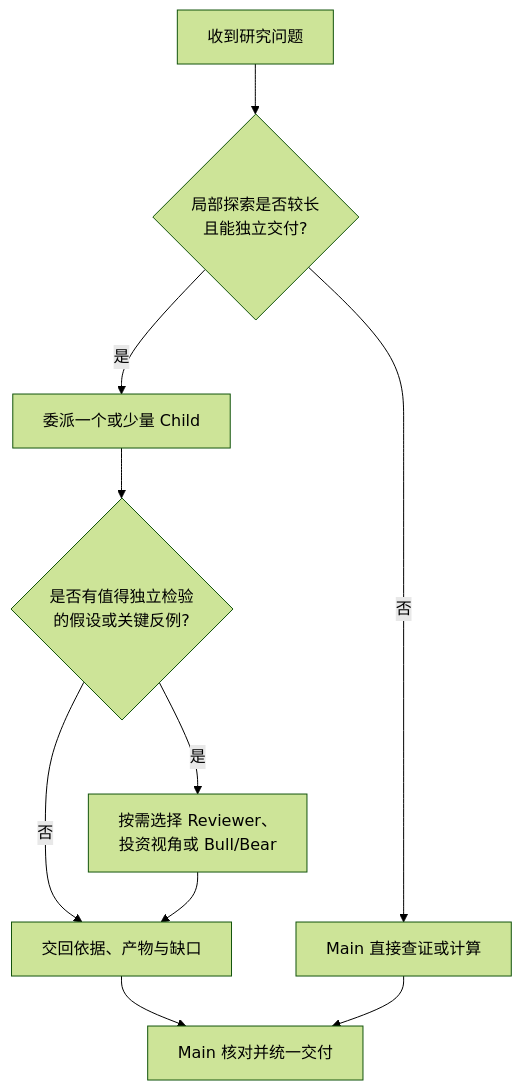
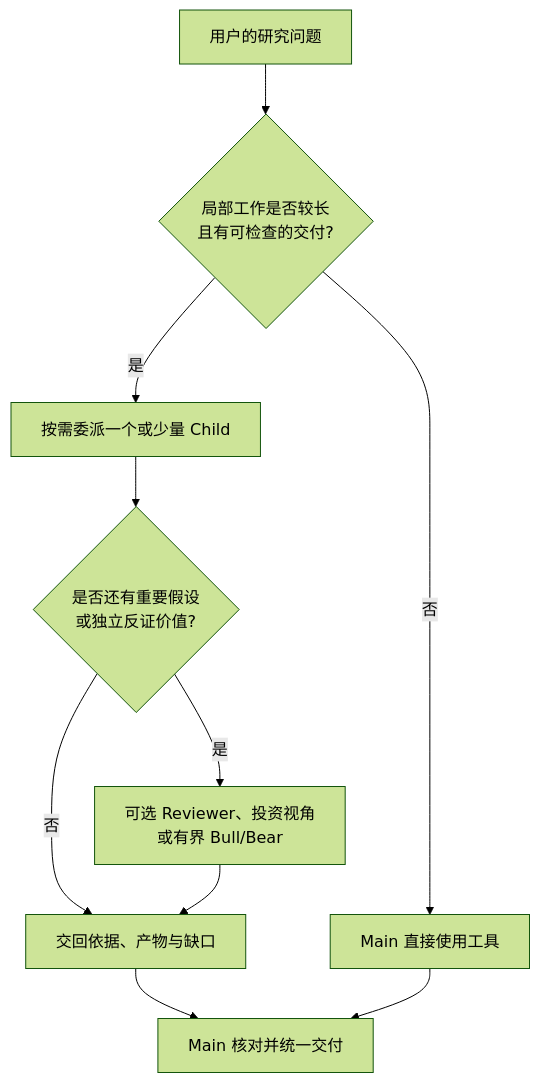
The fourth of 4 diagrams in articles/agent-subagent-context-specialization.md (hpoenixf/eff-agent-article), drawn with Mermaid (forest theme) before and after one commit. The commit also changed other lines of this file, not shown here.

````diff
--- a/articles/agent-subagent-context-specialization.md
+++ b/articles/agent-subagent-context-specialization.md
@@ -104,12 +224,12 @@
 ```mermaid
 flowchart TD
-    Q["收到研究问题"] --> Long{"局部探索是否较长<br/>且能独立交付?"}
-    Long -- "否" --> Direct["Main 直接查证或计算"]
-    Long -- "是" --> Child["委派一个或少量 Child"]
-    Child --> Need{"是否有值得独立检验<br/>的假设或关键反例?"}
-    Need -- "是" --> Review["按需选择 Reviewer、<br/>投资视角或 Bull/Bear"]
+    Q["用户的研究问题"] --> Long{"局部工作是否较长<br/>且有可检查的交付?"}
+    Long -- "否" --> Direct["Main 直接使用工具"]
+    Long -- "是" --> Child["按需委派一个或少量 Child"]
+    Child --> Need{"是否还有重要假设<br/>或独立反证价值?"}
+    Need -- "是" --> Review["可选 Reviewer、投资视角<br/>或有界 Bull/Bear"]
     Need -- "否" --> Integrate["交回依据、产物与缺口"]
     Review --> Integrate
     Integrate --> Main["Main 核对并统一交付"]
     Direct --> Main
 ```
````
